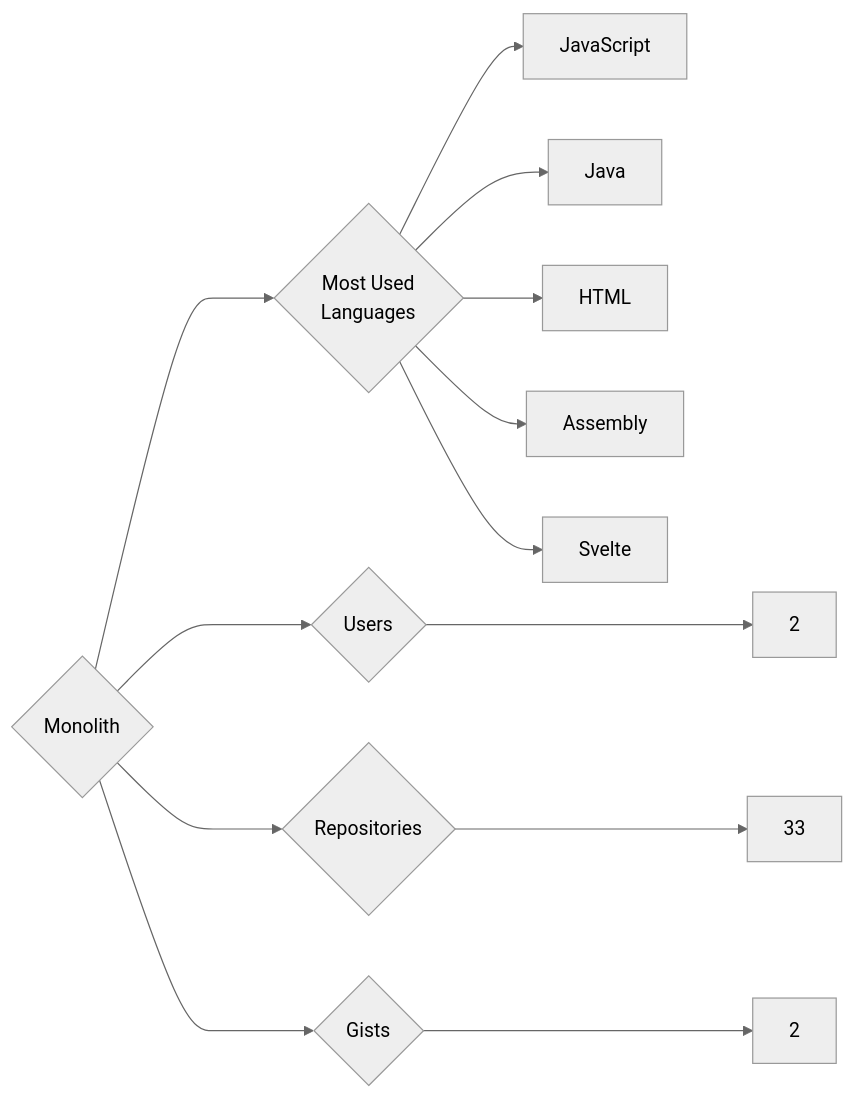
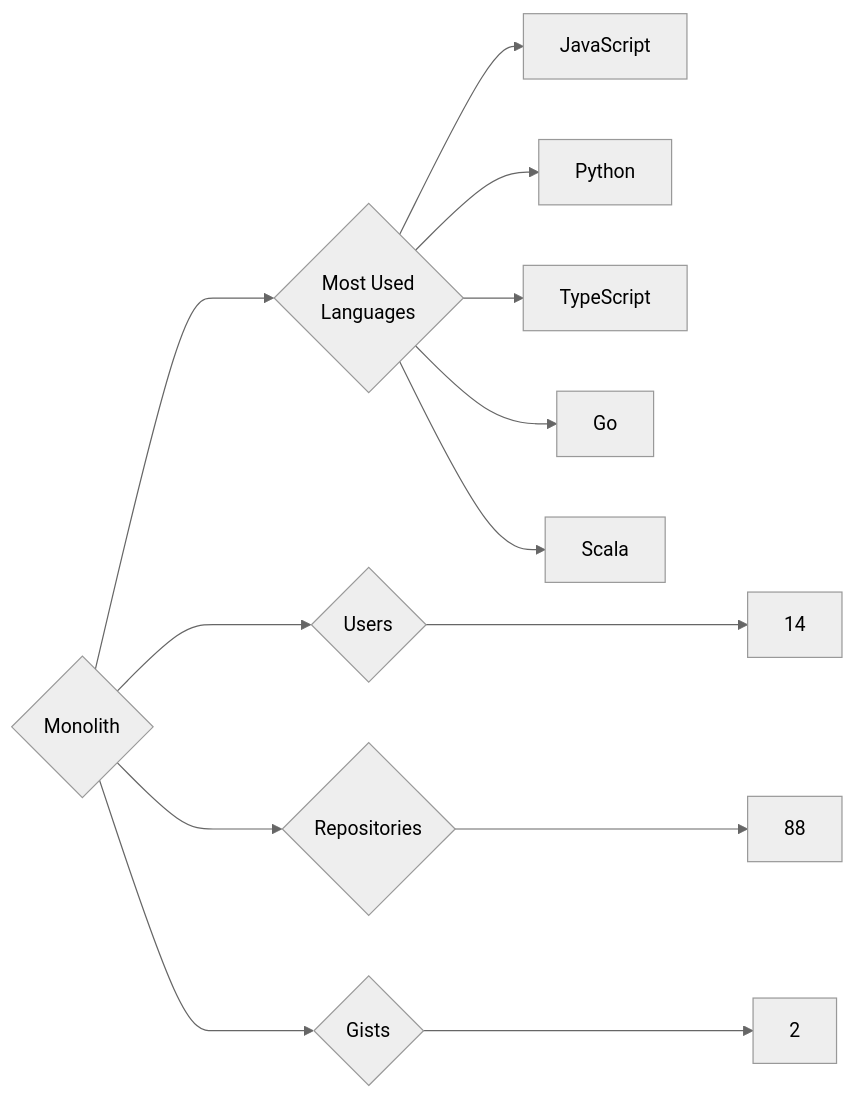
The diagram in targets/Monolith/README.md (trickest/insiders), drawn with Mermaid (neutral theme) before and after one commit. The commit also changed 823 other files, not shown here.

````diff
--- a/targets/Monolith/README.md
+++ b/targets/Monolith/README.md
@@ -3,13 +3,13 @@
 ```mermaid
 graph LR
 COMPANY_NAME{Monolith}
-COMPANY_NAME ---> U{Users} ---> UN[2]
-COMPANY_NAME ---> R{Repositories} ---> RN[33]
+COMPANY_NAME ---> U{Users} ---> UN[14]
+COMPANY_NAME ---> R{Repositories} ---> RN[88]
 COMPANY_NAME ---> G{Gists} ---> GN[2]
 COMPANY_NAME ---> ML{Most Used<br>Languages}
 ML --> JavaScript[JavaScript]
-ML --> Java[Java]
-ML --> HTML[HTML]
-ML --> Assembly[Assembly]
-ML --> Svelte[Svelte]
+ML --> Python[Python]
+ML --> TypeScript[TypeScript]
+ML --> Go[Go]
+ML --> Scala[Scala]
 ```
````
